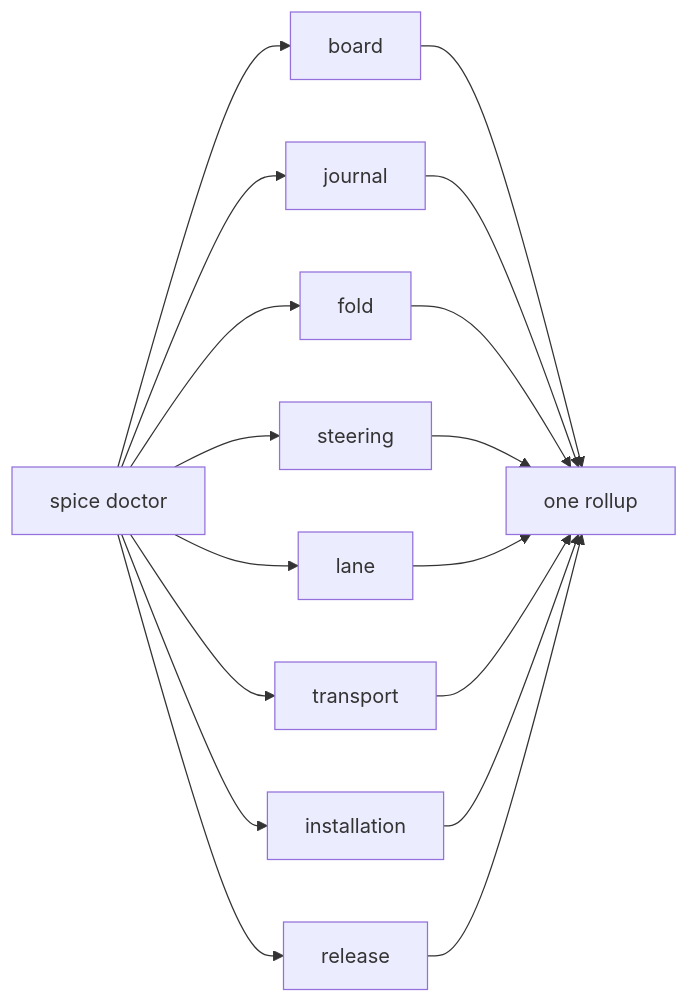
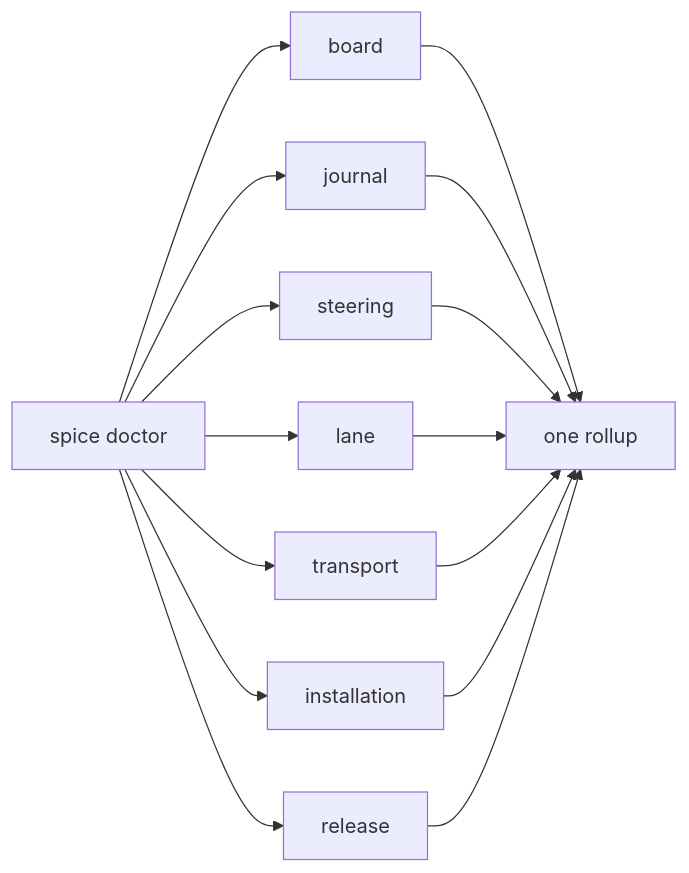
One commit to infimalabs/spice-rust changed the ninth of 13 diagrams in docs/product/interfaces.md. Above: the diagram before and after it, drawn with Mermaid. The commit also changed other lines of this file and 90 other files, not shown here.

````diff
--- a/docs/product/interfaces.md
+++ b/docs/product/interfaces.md
@@ -256,19 +256,17 @@
 ```mermaid
 flowchart LR
   D["spice doctor"] --> Board["board"]
   D --> Journal["journal"]
-  D --> Fold["fold"]
   D --> Steering["steering"]
   D --> Lane["lane"]
   D --> Transport["transport"]
   D --> Installation["installation"]
   D --> Release["release"]
   Board --> R["one rollup"]
   Journal --> R
-  Fold --> R
   Steering --> R
   Lane --> R
   Transport --> R
   Installation --> R
   Release --> R
 ```
````
